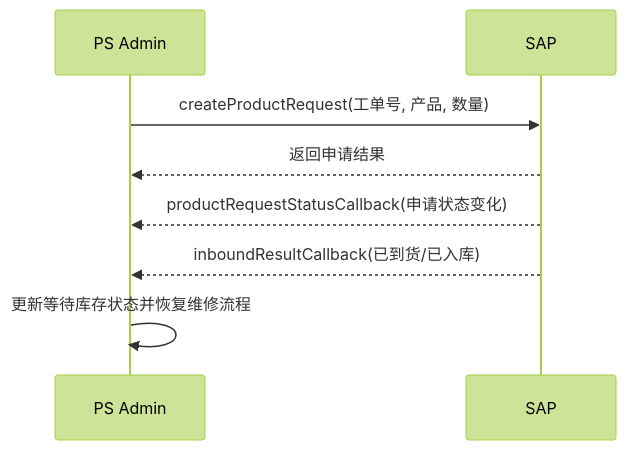
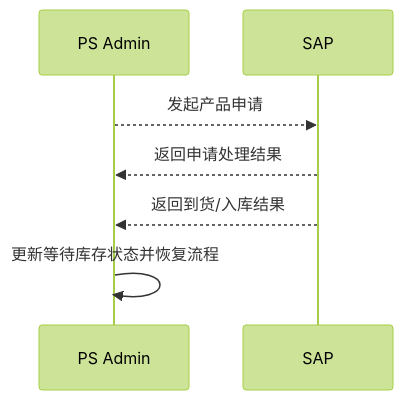
Diagram 18 of 43 in 文档/GM系统需求说明.md (guguohai/gmps), drawn with Mermaid (forest theme) before and after one commit. The commit also changed other lines of this file and 31 other files, not shown here.

````diff
--- a/文档/GM系统需求说明.md
+++ b/文档/GM系统需求说明.md
@@ -858,11 +853,10 @@
 ```mermaid
 sequenceDiagram
     participant PS as PS Admin
     participant SAP as SAP
 
-    PS->>SAP: createProductRequest(工单号, 产品, 数量)
-    SAP-->>PS: 返回申请结果
-    SAP-->>PS: productRequestStatusCallback(申请状态变化)
-    SAP-->>PS: inboundResultCallback(已到货/已入库)
-    PS->>PS: 更新等待库存状态并恢复维修流程
+    PS-->>SAP: 发起产品申请
+    SAP-->>PS: 返回申请处理结果
+    SAP-->>PS: 返回到货/入库结果
+    PS->>PS: 更新等待库存状态并恢复流程
 ```
````
